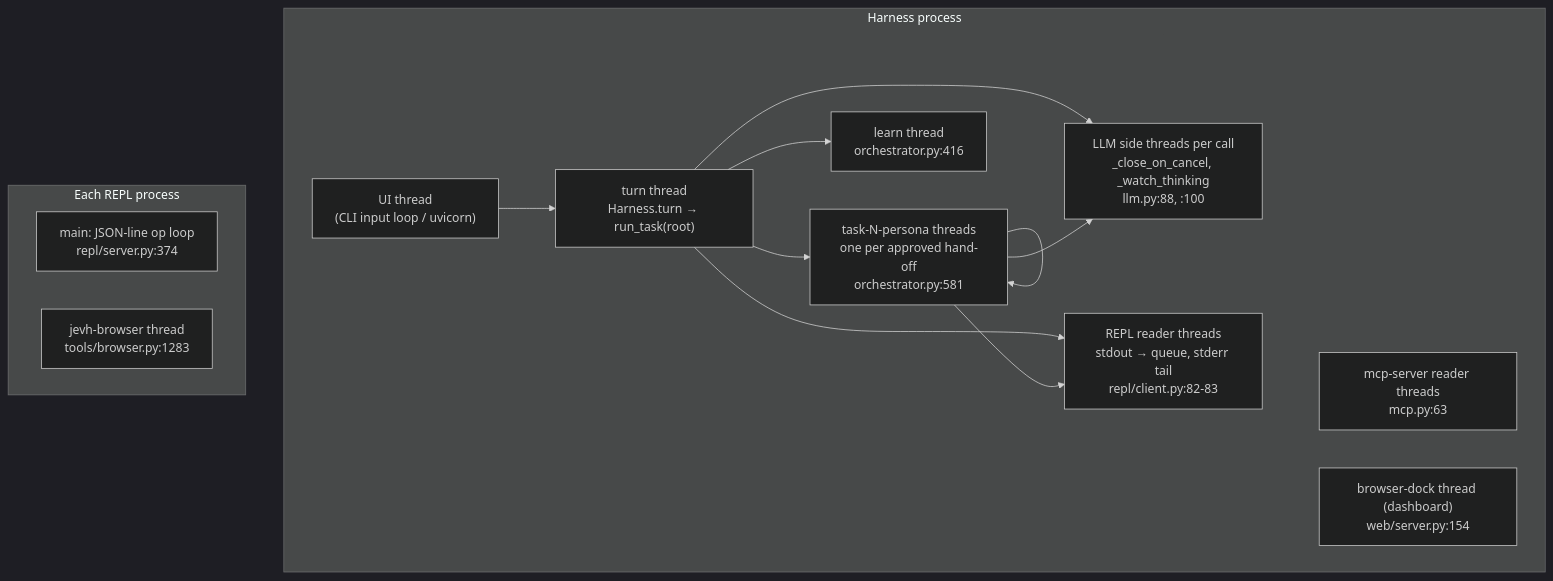
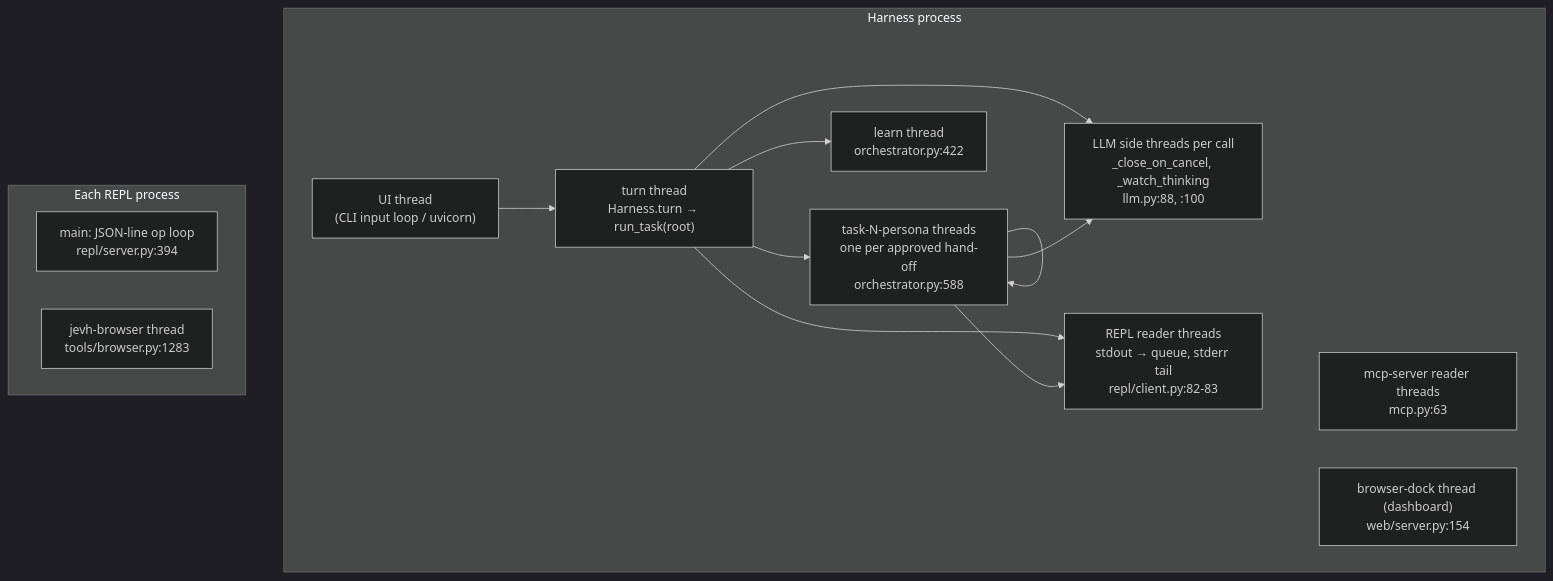
One commit to slumpsod/jev-harness changed the second of 2 diagrams in docs/architecture/README.md. Above: the diagram before and after it, drawn with Mermaid (dark theme). The commit also changed other lines of this file and 40 other files, not shown here.

````diff
--- a/docs/architecture/README.md
+++ b/docs/architecture/README.md
@@ -168,25 +168,25 @@
 ```mermaid
 flowchart TB
   subgraph main["Harness process"]
     T0["UI thread<br/>(CLI input loop / uvicorn)"]
     TT["turn thread<br/>Harness.turn → run_task(root)"]
-    TK["task-N-persona threads<br/>one per approved hand-off<br/>orchestrator.py:581"]
-    TL["learn thread<br/>orchestrator.py:416"]
+    TK["task-N-persona threads<br/>one per approved hand-off<br/>orchestrator.py:588"]
+    TL["learn thread<br/>orchestrator.py:422"]
     TC["LLM side threads per call<br/>_close_on_cancel, _watch_thinking<br/>llm.py:88, :100"]
     TR["REPL reader threads<br/>stdout → queue, stderr tail<br/>repl/client.py:82-83"]
     TM["mcp-server reader threads<br/>mcp.py:63"]
     TD["browser-dock thread (dashboard)<br/>web/server.py:154"]
   end
   subgraph repl["Each REPL process"]
-    RM["main: JSON-line op loop<br/>repl/server.py:374"]
+    RM["main: JSON-line op loop<br/>repl/server.py:394"]
     RB["jevh-browser thread<br/>tools/browser.py:1283"]
   end
   T0 --> TT
   TT --> TK
   TK --> TK
   TT --> TL
   TT --> TC
   TK --> TC
   TT --> TR
   TK --> TR
 ```
````
